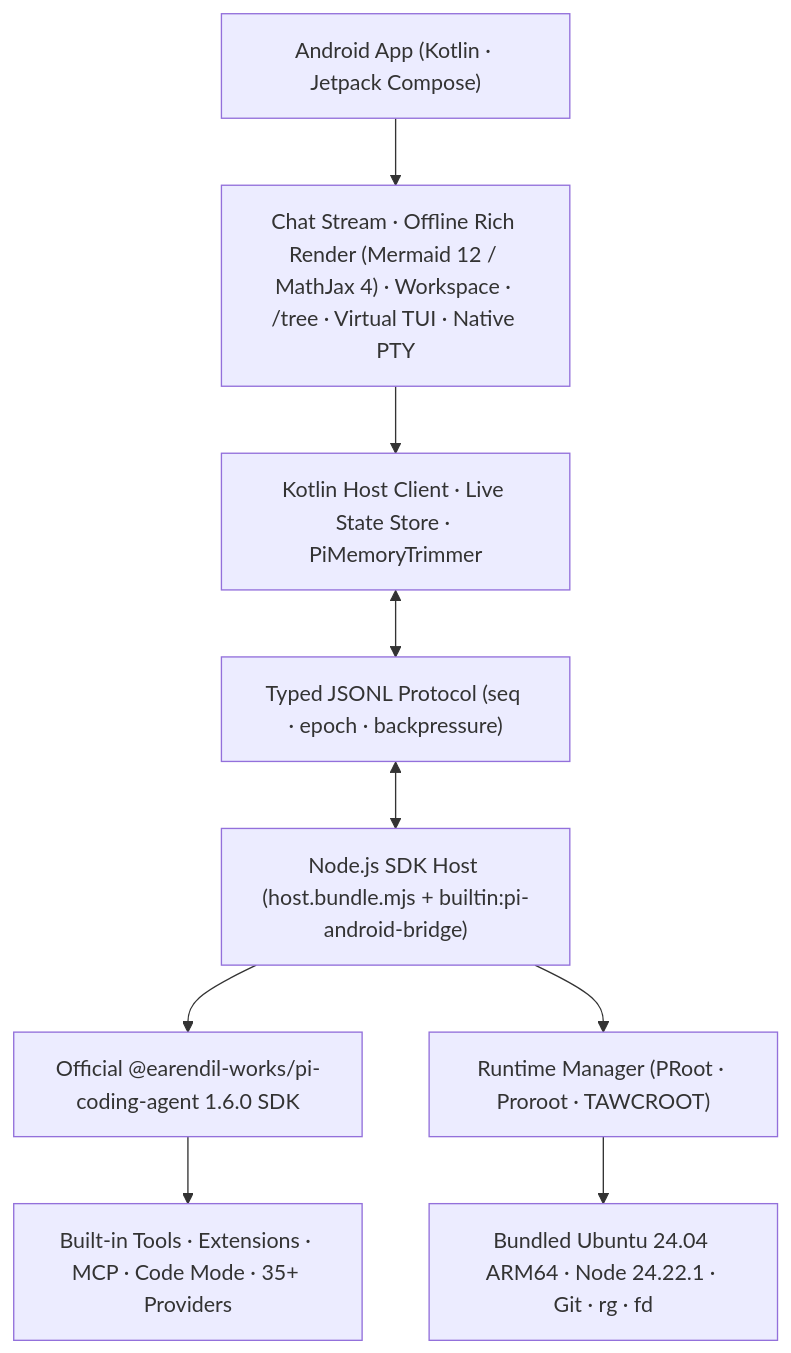
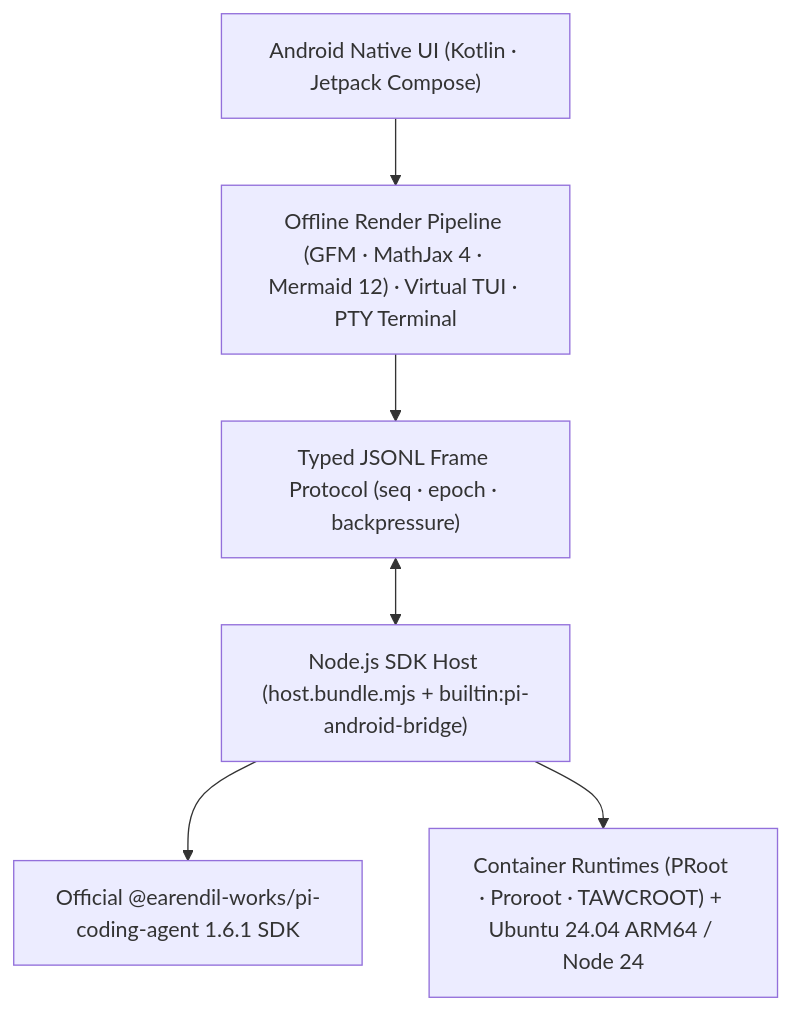
One commit to heikeyangle-code/pi-android changed the diagram in README.md. Above: the diagram before and after it, drawn with Mermaid. The commit also changed other lines of this file and 42 other files, not shown here.

````diff
--- a/README.md
+++ b/README.md
@@ -142,21 +178,12 @@
 ```mermaid
 flowchart TB
-    A["Android App (Kotlin · Jetpack Compose)"]
-    B["Chat Stream · Offline Rich Render (Mermaid 12 / MathJax 4) · Workspace · /tree · Virtual TUI · Native PTY"]
-    C["Kotlin Host Client · Live State Store · PiMemoryTrimmer"]
-    D["Typed JSONL Protocol (seq · epoch · backpressure)"]
-    E["Node.js SDK Host (host.bundle.mjs + builtin:pi-android-bridge)"]
-    F["Official @earendil-works/pi-coding-agent 1.6.0 SDK"]
-    G["Built-in Tools · Extensions · MCP · Code Mode · 35+ Providers"]
-    H["Runtime Manager (PRoot · Proroot · TAWCROOT)"]
-    L["Bundled Ubuntu 24.04 ARM64 · Node 24.22.1 · Git · rg · fd"]
+    A["Android Native UI (Kotlin · Jetpack Compose)"]
+    B["Offline Render Pipeline (GFM · MathJax 4 · Mermaid 12) · Virtual TUI · PTY Terminal"]
+    C["Typed JSONL Frame Protocol (seq · epoch · backpressure)"]
+    D["Node.js SDK Host (host.bundle.mjs + builtin:pi-android-bridge)"]
+    E["Official @earendil-works/pi-coding-agent 1.6.1 SDK"]
+    F["Container Runtimes (PRoot · Proroot · TAWCROOT) + Ubuntu 24.04 ARM64 / Node 24"]
 
-    A --> B
-    B --> C
-    C <--> D
-    D <--> E
-    E --> F
-    F --> G
-    E --> H
-    H --> L
+    A --> B --> C <--> D --> E
+    D --> F
 ```
````
